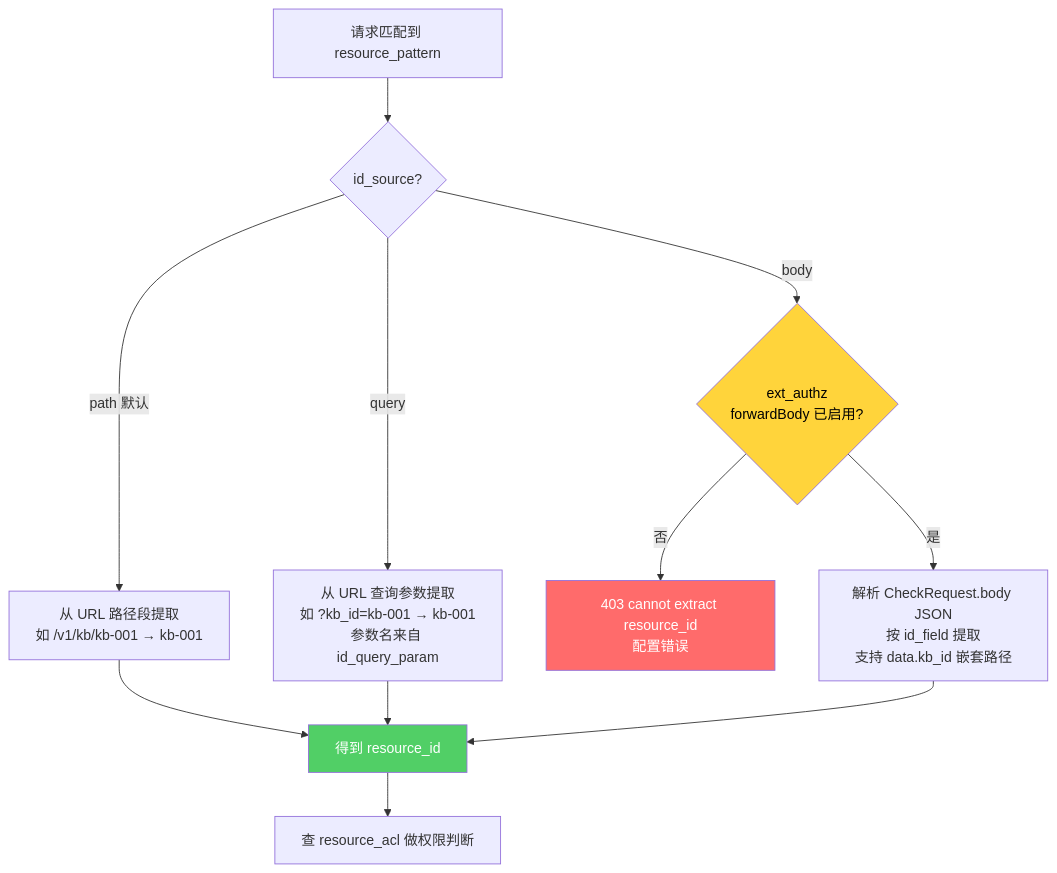
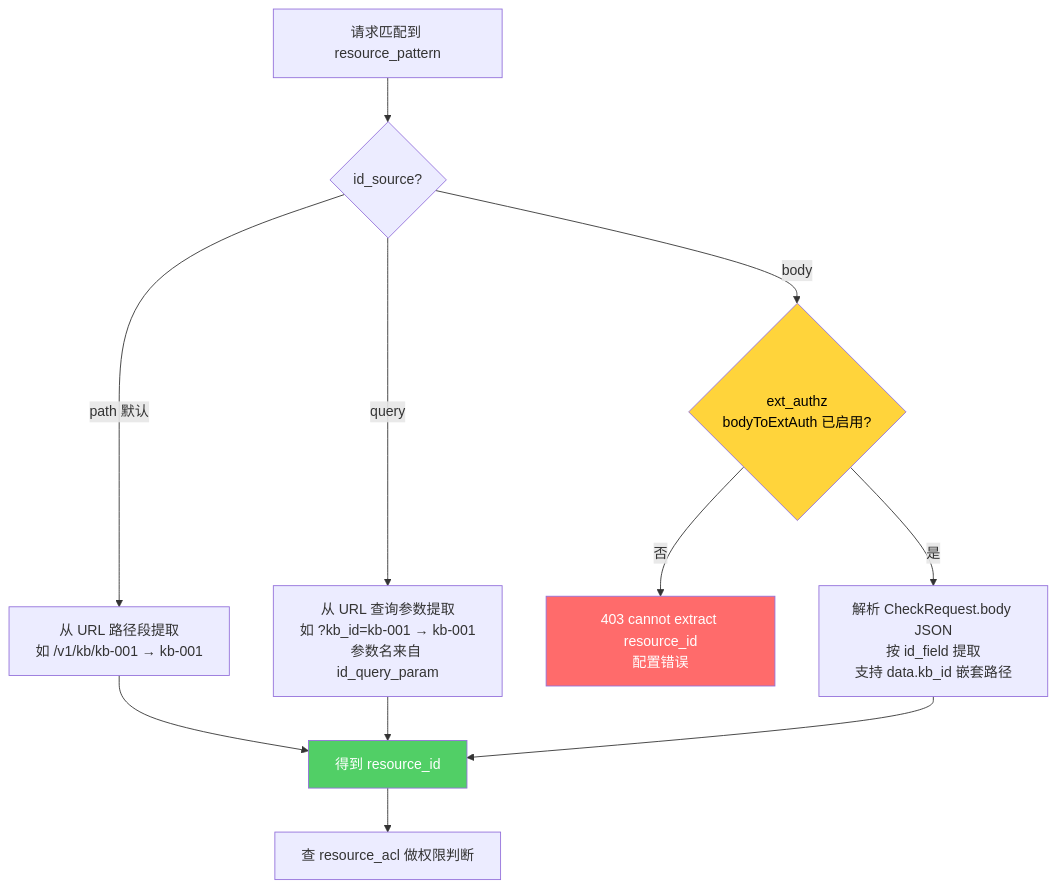
One commit to xiewanchao/aidp-iam changed the fifth of 12 diagrams in diagrams/component-responsibility.md. Above: the diagram before and after it, drawn with Mermaid. The commit also changed other lines of this file and 47 other files, not shown here.

````diff
--- a/diagrams/component-responsibility.md
+++ b/diagrams/component-responsibility.md
@@ -262,18 +267,18 @@
 ```mermaid
 flowchart TD
     MATCH[请求匹配到 resource_pattern] --> SRC{id_source?}
     SRC -->|path 默认| PATH[从 URL 路径段提取<br/>如 /v1/kb/kb-001 → kb-001]
     SRC -->|query| QS[从 URL 查询参数提取<br/>如 ?kb_id=kb-001 → kb-001<br/>参数名来自 id_query_param]
-    SRC -->|body| BODY{ext_authz<br/>forwardBody 已启用?}
+    SRC -->|body| BODY{ext_authz<br/>bodyToExtAuth 已启用?}
     BODY -->|否| FAIL[403 cannot extract resource_id<br/>配置错误]
     BODY -->|是| PARSE[解析 CheckRequest.body JSON<br/>按 id_field 提取<br/>支持 data.kb_id 嵌套路径]
     PARSE --> EXTRACT[得到 resource_id]
 
     PATH --> EXTRACT
     QS --> EXTRACT
     EXTRACT --> ACL[查 resource_acl 做权限判断]
 
     style BODY fill:#ffd43b,color:#000
     style FAIL fill:#ff6b6b,color:#fff
     style EXTRACT fill:#51cf66,color:#fff
 ```
````
